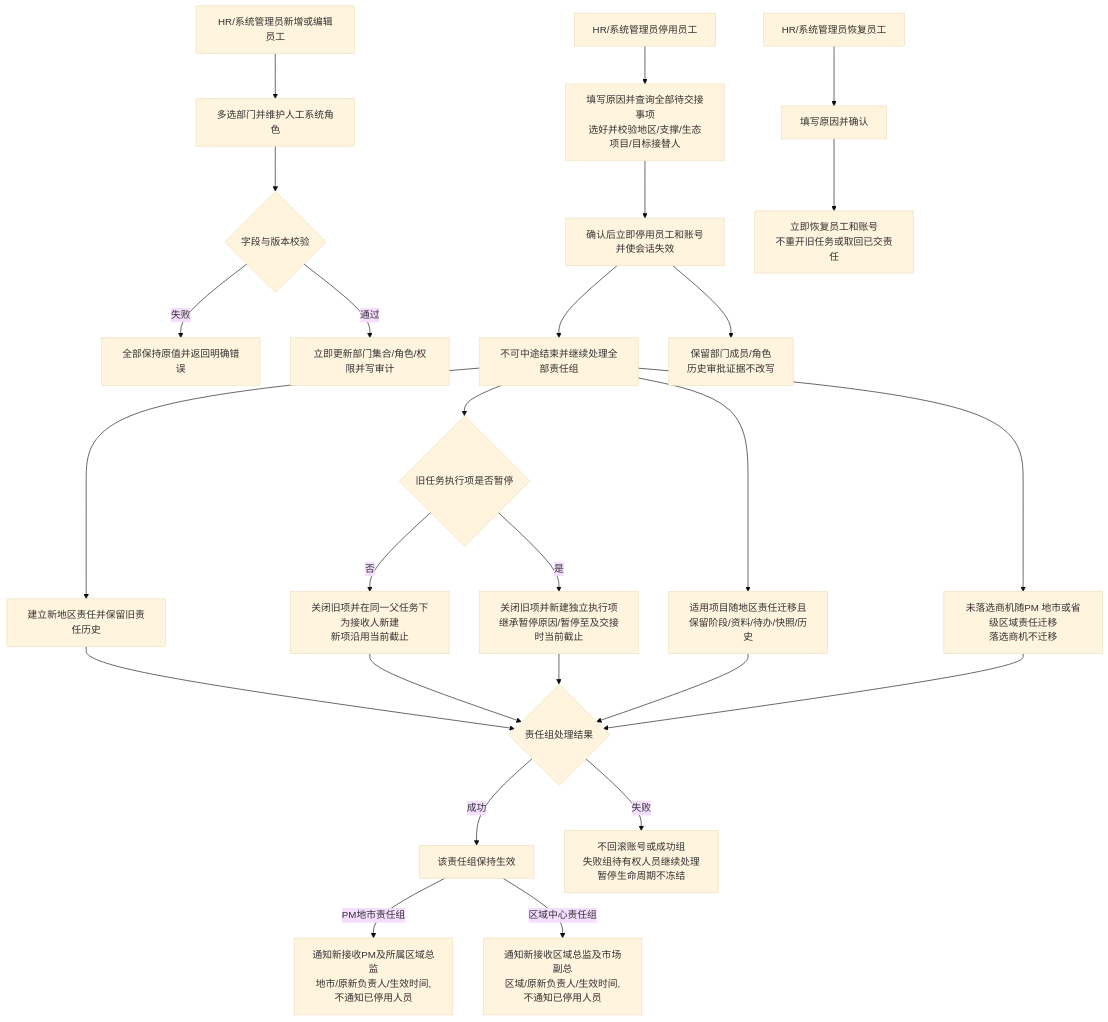
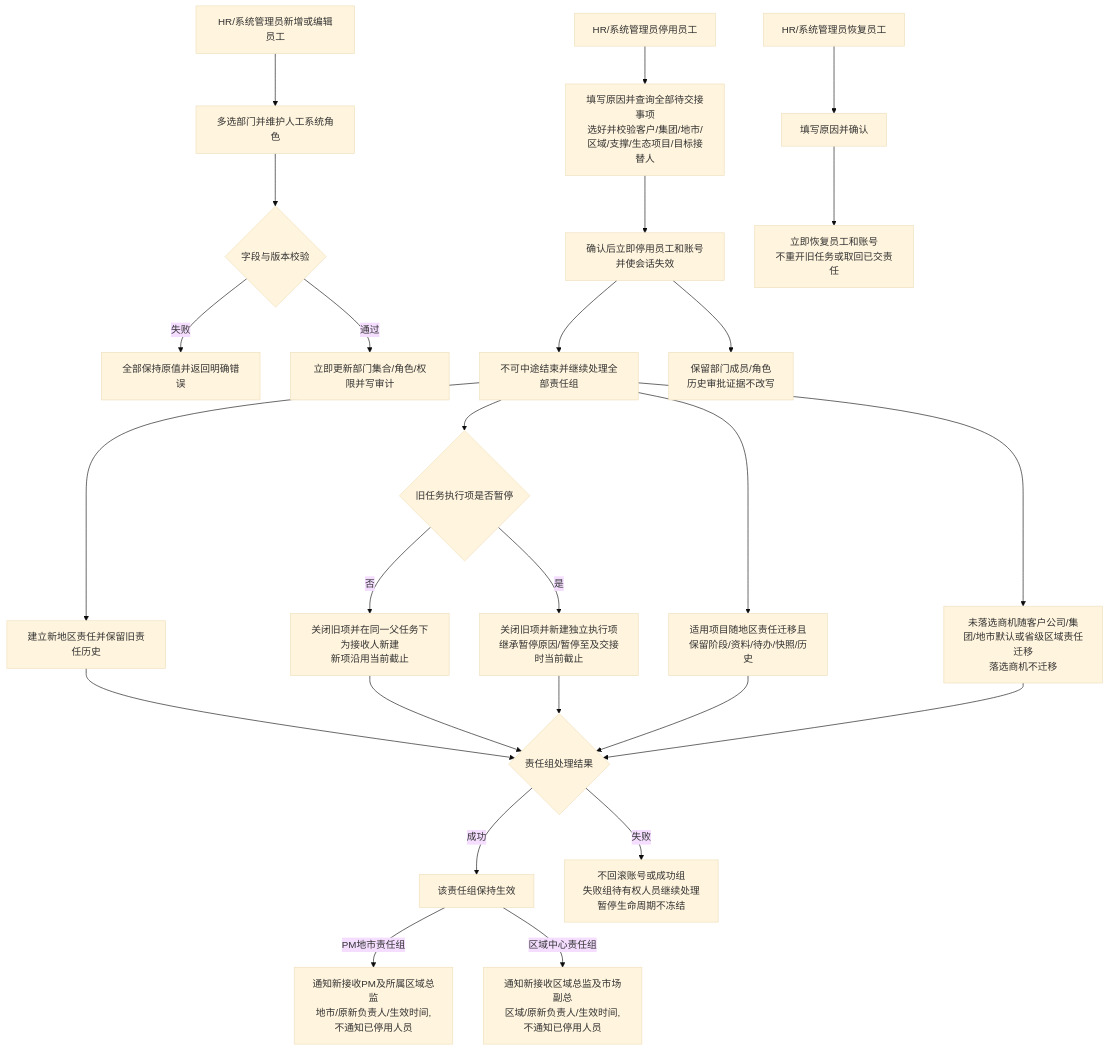
One commit to Joker-1030/Yingjia-Internal-Management-System changed the diagram in prd-workspace/current/user-flows/FLOW-14-M06-employee-change-and-deactivation.md. Above: the diagram before and after it, drawn with Mermaid (base theme). The commit also changed other lines of this file and 95 other files, not shown here.

````diff
--- a/prd-workspace/current/user-flows/FLOW-14-M06-employee-change-and-deactivation.md
+++ b/prd-workspace/current/user-flows/FLOW-14-M06-employee-change-and-deactivation.md
@@ -10,28 +10,28 @@
 ```mermaid
 flowchart TD
     A[HR/系统管理员新增或编辑员工] --> B[多选部门并维护人工系统角色]
     B --> C{字段与版本校验}
     C -- 失败 --> D[全部保持原值并返回明确错误]
     C -- 通过 --> E[立即更新部门集合/角色/权限并写审计]
-    F[HR/系统管理员停用员工] --> G[填写原因并查询全部待交接事项<br/>选好并校验地区/支撑/生态项目/目标接替人]
+    F[HR/系统管理员停用员工] --> G[填写原因并查询全部待交接事项<br/>选好并校验客户/集团/地市/区域/支撑/生态项目/目标接替人]
     G --> H[确认后立即停用员工和账号并使会话失效]
     H --> I[不可中途结束并继续处理全部责任组]
     I --> J[建立新地区责任并保留旧责任历史]
     I --> K{旧任务执行项是否暂停}
     K -- 否 --> K0[关闭旧项并在同一父任务下为接收人新建<br/>新项沿用当前截止]
     K -- 是 --> K4[关闭旧项并新建独立执行项<br/>继承暂停原因/暂停至及交接时当前截止]
     I --> K1[适用项目随地区责任迁移且保留阶段/资料/待办/快照/历史]
-    I --> K3[未落选商机随PM 地市或省级区域责任迁移<br/>落选商机不迁移]
+    I --> K3[未落选商机随客户公司/集团/地市默认或省级区域责任迁移<br/>落选商机不迁移]
     J --> L1{责任组处理结果}
     K0 --> L1
     K4 --> L1
     K1 --> L1
     K3 --> L1
     L1 -- 成功 --> L2[该责任组保持生效]
     L2 -- PM地市责任组 --> L4[通知新接收PM及所属区域总监<br/>地市/原新负责人/生效时间,不通知已停用人员]
     L2 -- 区域中心责任组 --> L5[通知新接收区域总监及市场副总<br/>区域/原新负责人/生效时间,不通知已停用人员]
     L1 -- 失败 --> L3[不回滚账号或成功组<br/>失败组待有权人员继续处理<br/>暂停生命周期不冻结]
     H --> K2[保留部门成员/角色<br/>历史审批证据不改写]
     M[HR/系统管理员恢复员工] --> N[填写原因并确认]
     N --> O[立即恢复员工和账号<br/>不重开旧任务或取回已交责任]
 ```
````
